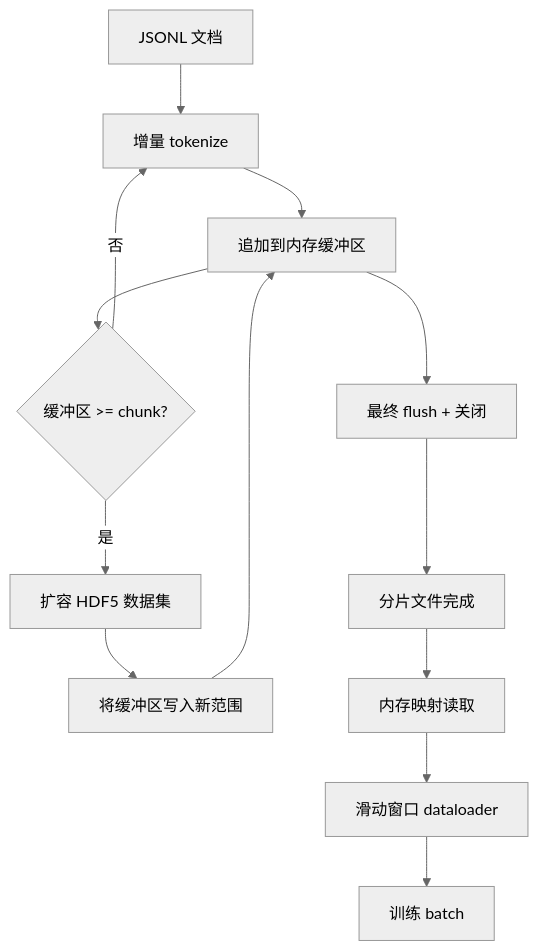
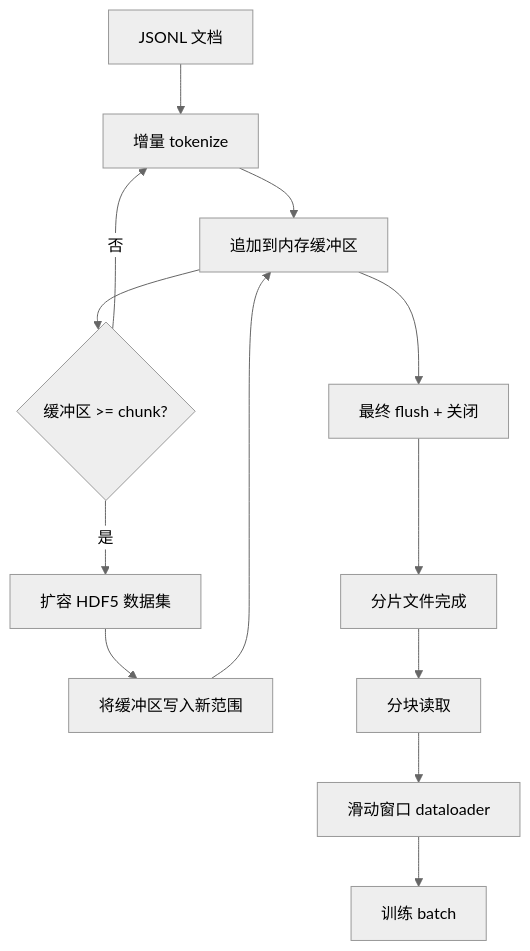
The diagram in phases/19-capstone-projects/43-hdf5-tokenized-corpus/docs/zh.md (fancyboi999/ai-engineering-from-scratch-zh), drawn with Mermaid (neutral theme) before and after one commit. The commit also changed other lines of this file and 1619 other files, not shown here.

````diff
--- a/phases/19-capstone-projects/43-hdf5-tokenized-corpus/docs/zh.md
+++ b/phases/19-capstone-projects/43-hdf5-tokenized-corpus/docs/zh.md
@@ -27,15 +27,15 @@
 ```mermaid
 flowchart TD
   JSONL[JSONL 文档] --> Tokenize[增量 tokenize]
   Tokenize --> Buffer[追加到内存缓冲区]
   Buffer --> Flush{缓冲区 >= chunk?}
   Flush -- 否 --> Tokenize
   Flush -- 是 --> Resize[扩容 HDF5 数据集]
   Resize --> Write[将缓冲区写入新范围]
   Write --> Buffer
   Buffer --> Close[最终 flush + 关闭]
   Close --> ShardDone[分片文件完成]
-  ShardDone --> MMapRead[内存映射读取]
+  ShardDone --> MMapRead[分块读取]
   MMapRead --> Window[滑动窗口 dataloader]
   Window --> Train[训练 batch]
 ```
````
